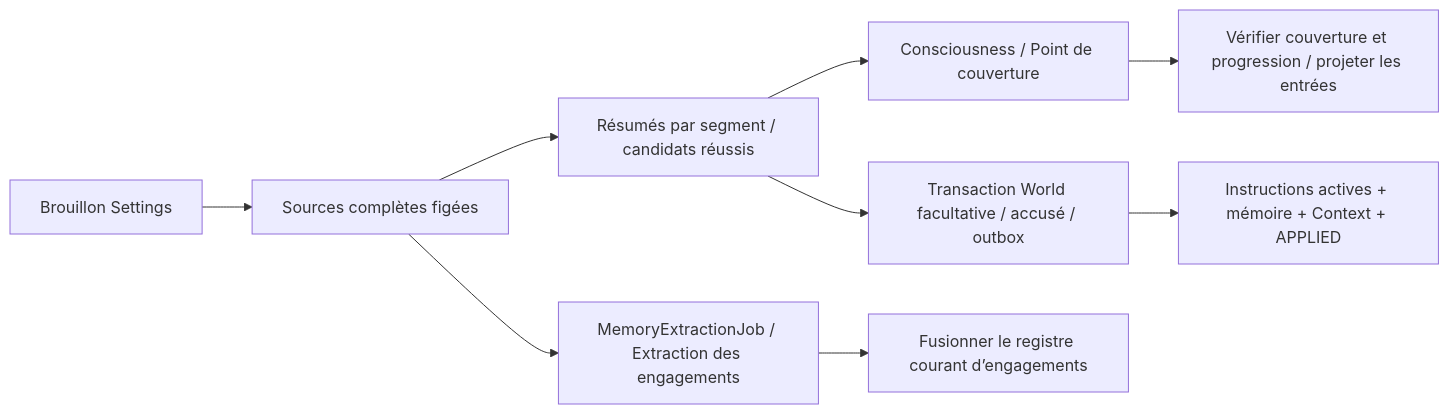
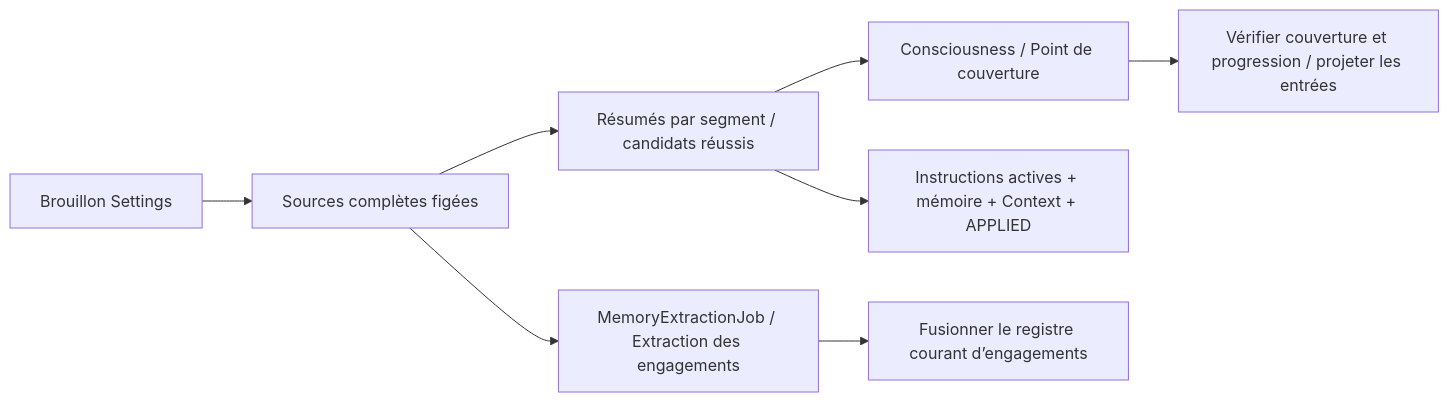
Before and after one commit to ExplodeCode6324/Secretary: the third of 4 diagrams in docs/fr/data-flow.md, drawn with Mermaid. The commit also changed other lines of this file and 140 other files, not shown here.

````diff
--- a/docs/fr/data-flow.md
+++ b/docs/fr/data-flow.md
@@ -53,11 +53,10 @@
 ```mermaid
 flowchart LR
   Source[Sources complètes figées] --> Summary[Résumés par segment / candidats réussis]
   Summary --> Memory[Consciousness / Point de couverture]
   Source --> Extract[MemoryExtractionJob / Extraction des engagements]
   Extract --> Ledger[Fusionner le registre courant d’engagements]
   Memory --> Projection[Vérifier couverture et progression / projeter les entrées]
   Draft[Brouillon Settings] --> Source
-  Summary --> World[Transaction World facultative / accusé / outbox]
-  World --> Applied[Instructions actives + mémoire + Context + APPLIED]
+  Summary --> Applied[Instructions actives + mémoire + Context + APPLIED]
 ```
````
